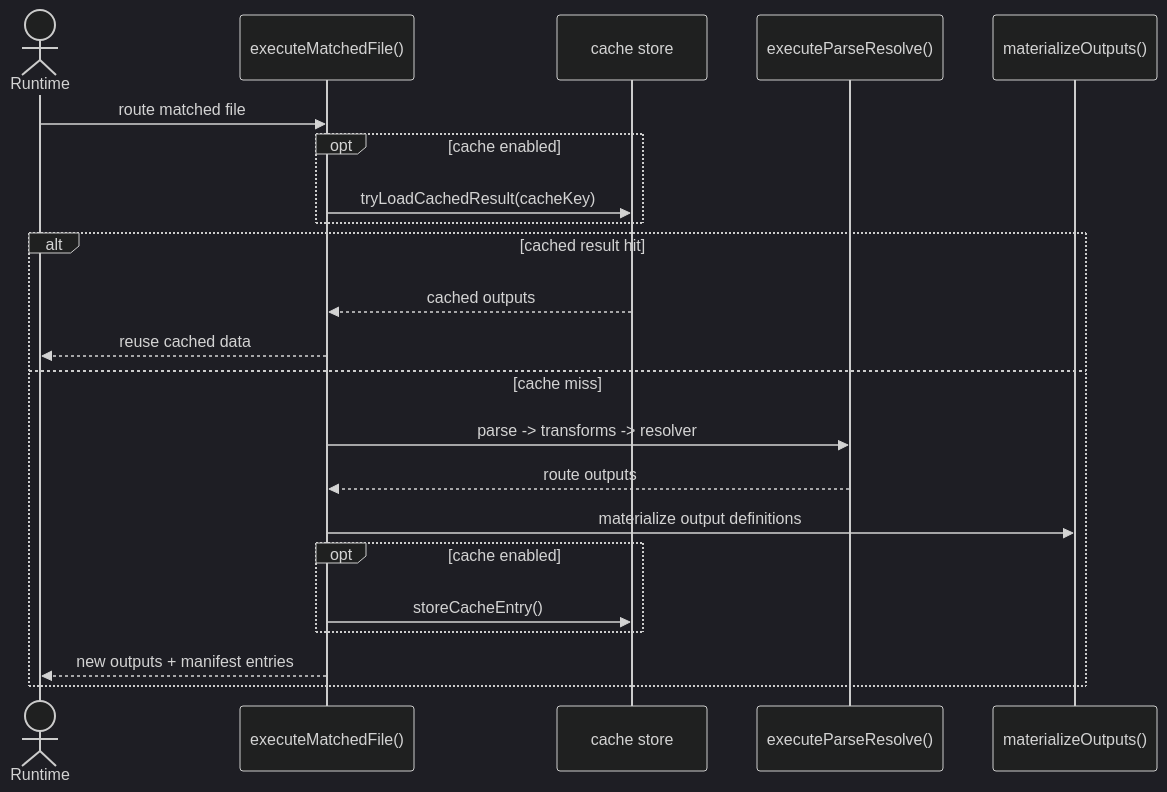
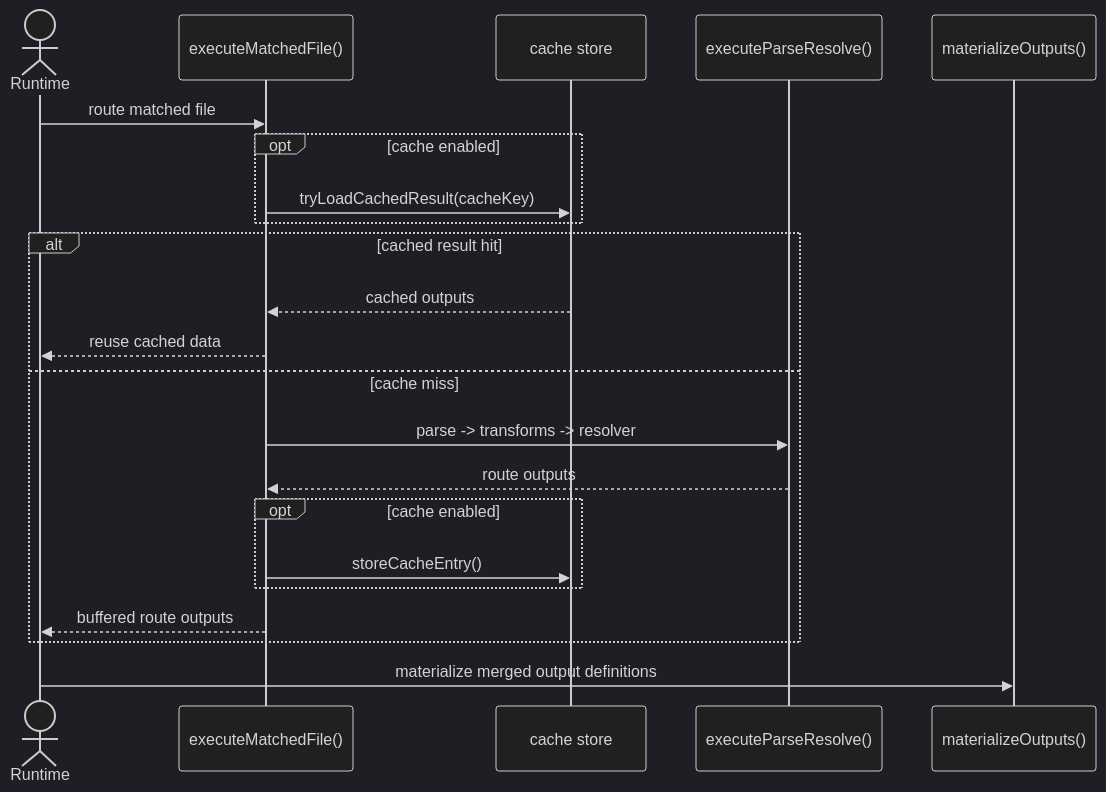
Before and after one commit to ucdjs/ucd: the third of 3 diagrams in apps/docs/content/architecture/packages/pipelines/executor.mdx, drawn with Mermaid (dark theme). The commit also changed other lines of this file and 9 other files, not shown here.

````diff
--- a/apps/docs/content/architecture/packages/pipelines/executor.mdx
+++ b/apps/docs/content/architecture/packages/pipelines/executor.mdx
@@ -90,25 +91,25 @@
 ```mermaid
 sequenceDiagram
   actor Runtime
   participant Match as executeMatchedFile()
   participant Cache as cache store
   participant Route as executeParseResolve()
   participant Outputs as materializeOutputs()
 
   Runtime->>Match: route matched file
   opt cache enabled
     Match->>Cache: tryLoadCachedResult(cacheKey)
   end
   alt cached result hit
     Cache-->>Match: cached outputs
     Match-->>Runtime: reuse cached data
   else cache miss
     Match->>Route: parse -> transforms -> resolver
     Route-->>Match: route outputs
-    Match->>Outputs: materialize output definitions
     opt cache enabled
       Match->>Cache: storeCacheEntry()
     end
-    Match-->>Runtime: new outputs + manifest entries
+    Match-->>Runtime: buffered route outputs
   end
+  Runtime->>Outputs: materialize merged output definitions
 ```
````
